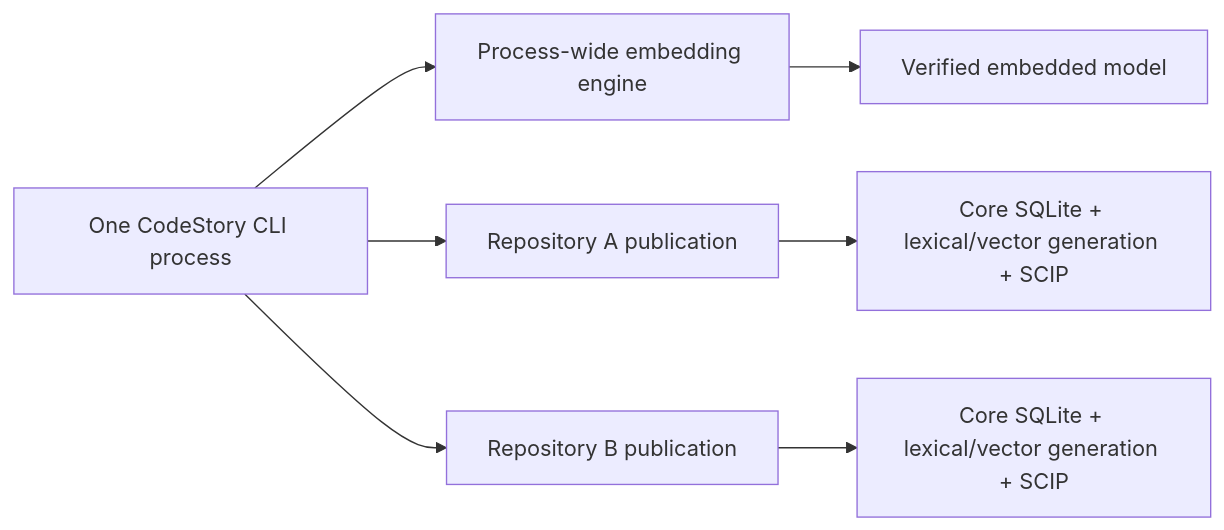
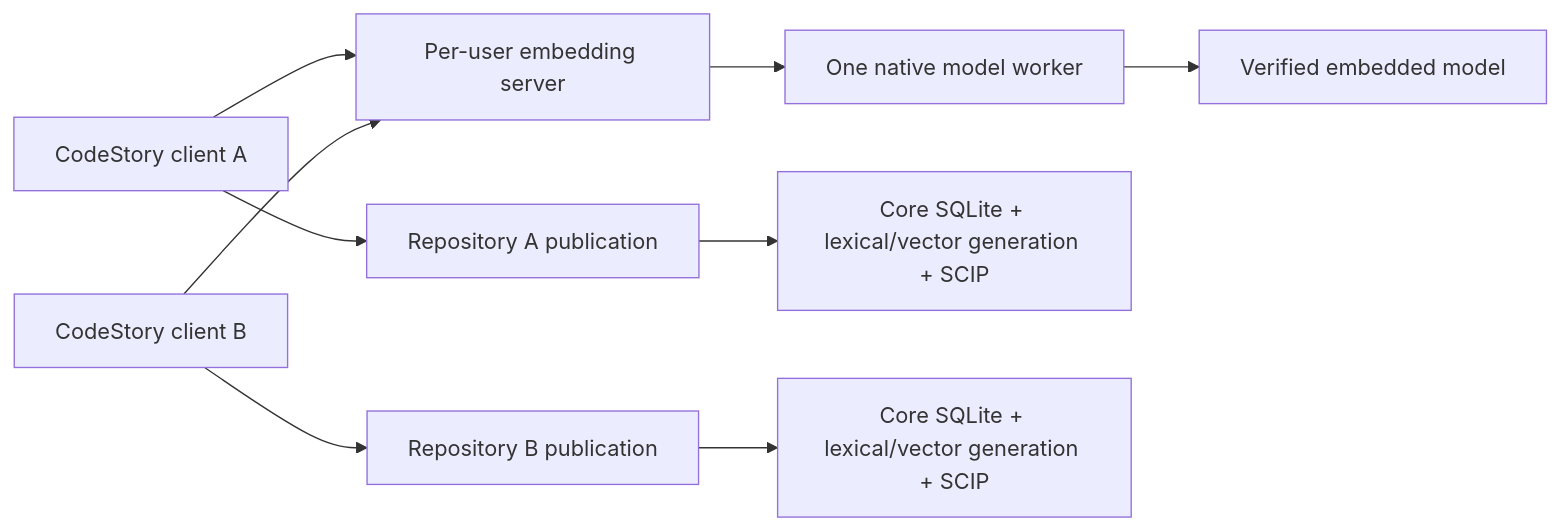
One commit to TheGreenCedar/CodeStory changed the first of 2 diagrams in docs/ops/retrieval-engine.md. Above: the diagram before and after it, drawn with Mermaid. The commit also changed other lines of this file and 88 other files, not shown here.

First line of the commit message:
[codex] run one per-user embedding server across CodeStory processes (#1235)

````diff
--- a/docs/ops/retrieval-engine.md
+++ b/docs/ops/retrieval-engine.md
@@ -19,9 +21,11 @@
 ```mermaid
 flowchart LR
-  host["One CodeStory CLI process"] --> engine["Process-wide embedding engine"]
+  hostA["CodeStory client A"] --> server["Per-user embedding server"]
+  hostB["CodeStory client B"] --> server
+  server --> engine["One native model worker"]
   engine --> model["Verified embedded model"]
-  host --> a["Repository A publication"]
-  host --> b["Repository B publication"]
+  hostA --> a["Repository A publication"]
+  hostB --> b["Repository B publication"]
   a --> a1["Core SQLite + lexical/vector generation + SCIP"]
   b --> b1["Core SQLite + lexical/vector generation + SCIP"]
 ```
````
